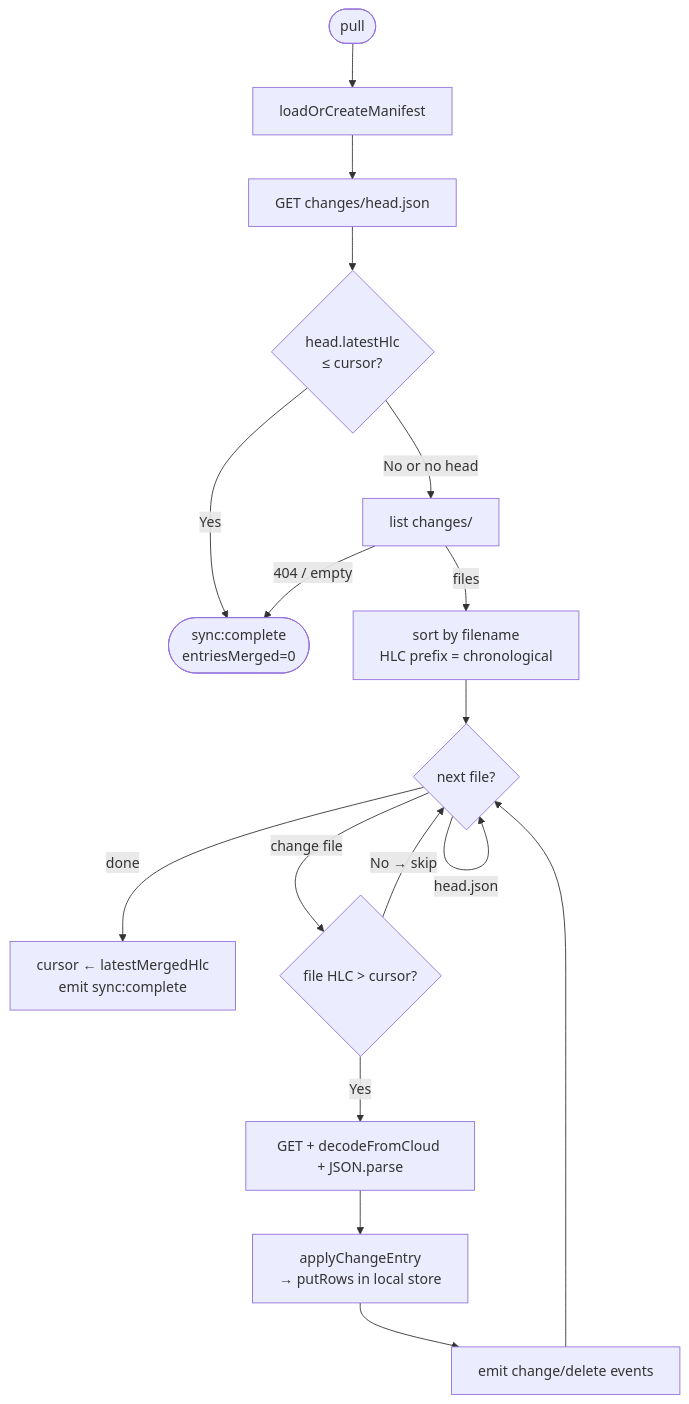
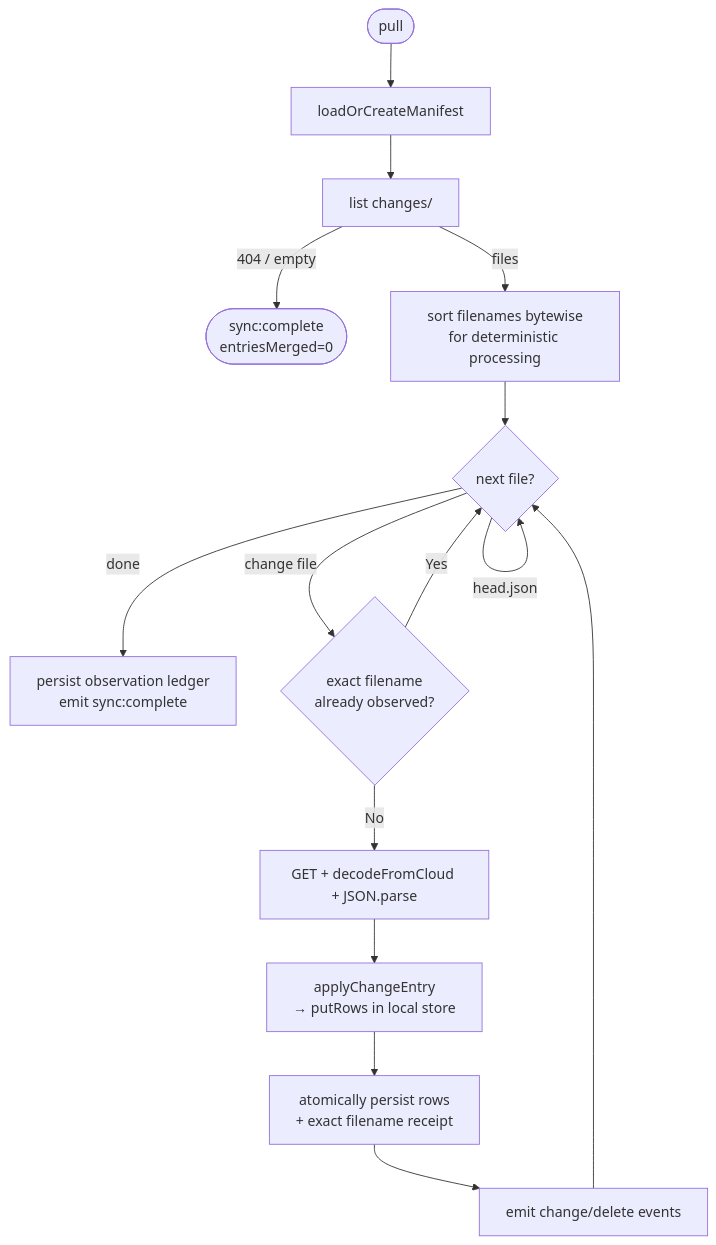
Before and after one commit to Machine-Garden/interocitor: the first of 7 diagrams in docs/flows.md, drawn with Mermaid. The commit also changed other lines of this file and 49 other files, not shown here.

Commit message:
fix: make sync completeness exact and crash-safe

````diff
--- a/docs/flows.md
+++ b/docs/flows.md
@@ -11,19 +11,17 @@
 ```mermaid
 flowchart TD
     A([pull]) --> B[loadOrCreateManifest]
-    B --> C[GET changes/head.json]
-    C --> D{head.latestHlc\n≤ cursor?}
-    D -- Yes --> SKIP([sync:complete\nentriesMerged=0])
-    D -- No or no head --> F[list changes/]
-    F -- 404 / empty --> SKIP
-    F -- files --> G[sort by filename\nHLC prefix = chronological]
+    B --> F[list changes/]
+    F -- 404 / empty --> DONE([sync:complete\nentriesMerged=0])
+    F -- files --> G[sort filenames bytewise\nfor deterministic processing]
     G --> H{next file?}
-    H -- done --> I[cursor ← latestMergedHlc\nemit sync:complete]
+    H -- done --> I[persist observation ledger\nemit sync:complete]
     H -- head.json --> H
-    H -- change file --> J{file HLC > cursor?}
-    J -- No → skip --> H
-    J -- Yes --> K[GET + decodeFromCloud + JSON.parse]
+    H -- change file --> J{exact filename\nalready observed?}
+    J -- Yes --> H
+    J -- No --> K[GET + decodeFromCloud + JSON.parse]
     K --> L[applyChangeEntry\n→ putRows in local store]
-    L --> M[emit change/delete events]
-    M --> H
+    L --> M[atomically persist rows\n+ exact filename receipt]
+    M --> N[emit change/delete events]
+    N --> H
 ```
````
